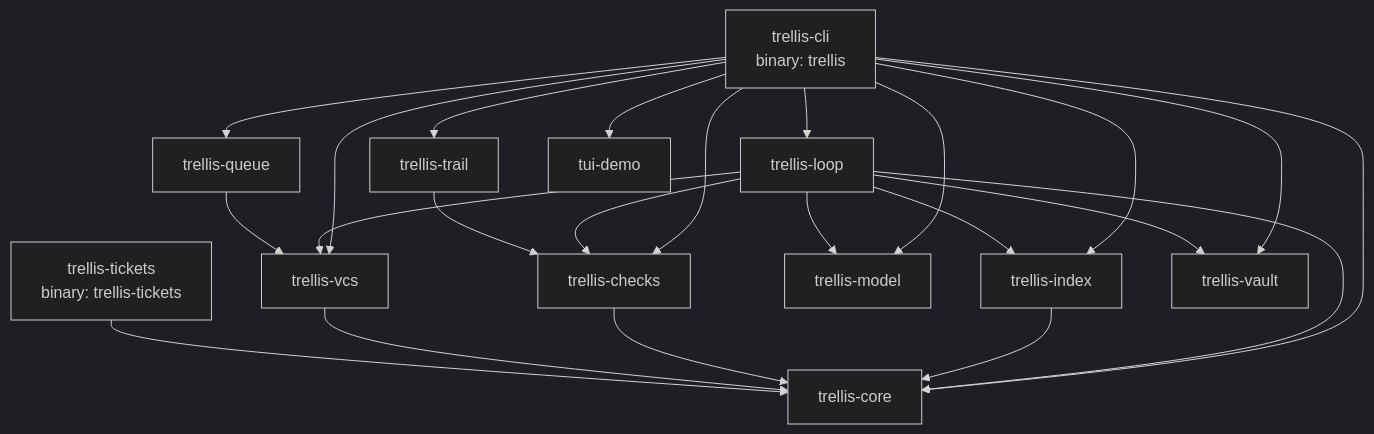
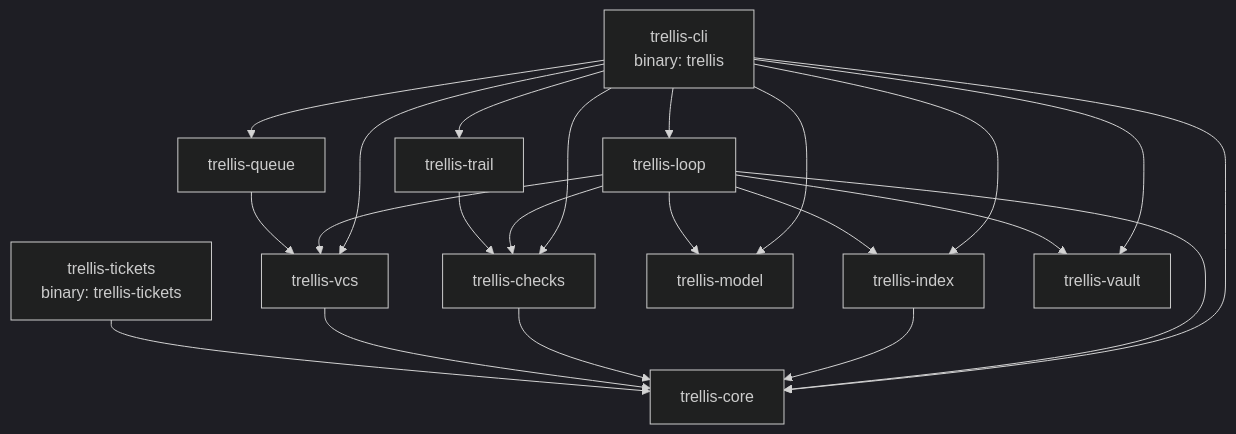
One commit to maydaythecoder/trellis changed the diagram in docs/ARCHITECTURE.md. Above: the diagram before and after it, drawn with Mermaid (dark theme). The commit also changed other lines of this file and 45 other files, not shown here.

````diff
--- a/docs/ARCHITECTURE.md
+++ b/docs/ARCHITECTURE.md
@@ -69,27 +68,26 @@
 ```mermaid
 graph TD
   cli[trellis-cli<br/>binary: trellis]
   tickets[trellis-tickets<br/>binary: trellis-tickets]
   cli --> loop[trellis-loop]
   cli --> queue[trellis-queue]
   cli --> trail[trellis-trail]
-  cli --> tui[tui-demo]
   cli --> index[trellis-index]
   cli --> checks[trellis-checks]
   cli --> model[trellis-model]
   cli --> vcs[trellis-vcs]
   cli --> vault[trellis-vault]
   cli --> core[trellis-core]
   loop --> index
   loop --> checks
   loop --> model
   loop --> vault
   loop --> vcs
   loop --> core
   queue --> vcs
   trail --> checks
   index --> core
   checks --> core
   vcs --> core
   tickets --> core
 ```
````
